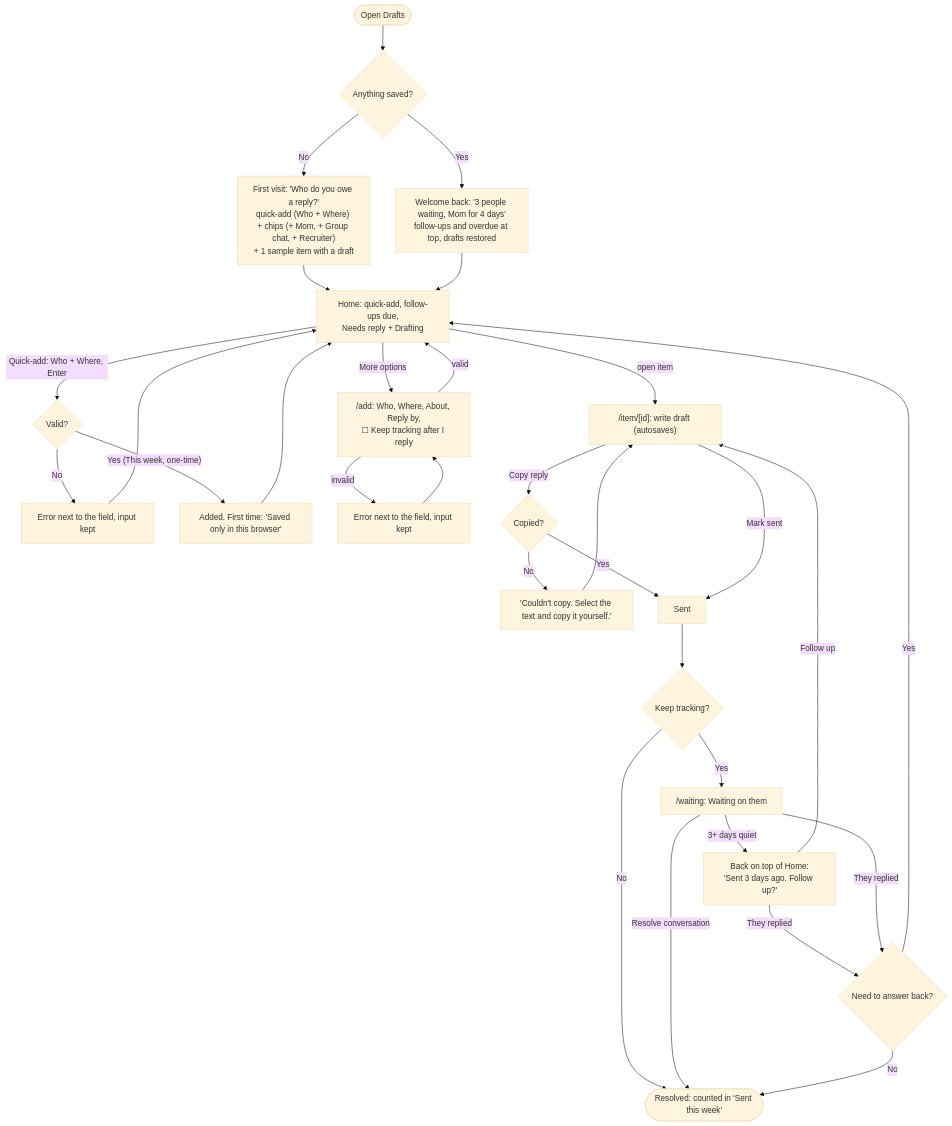
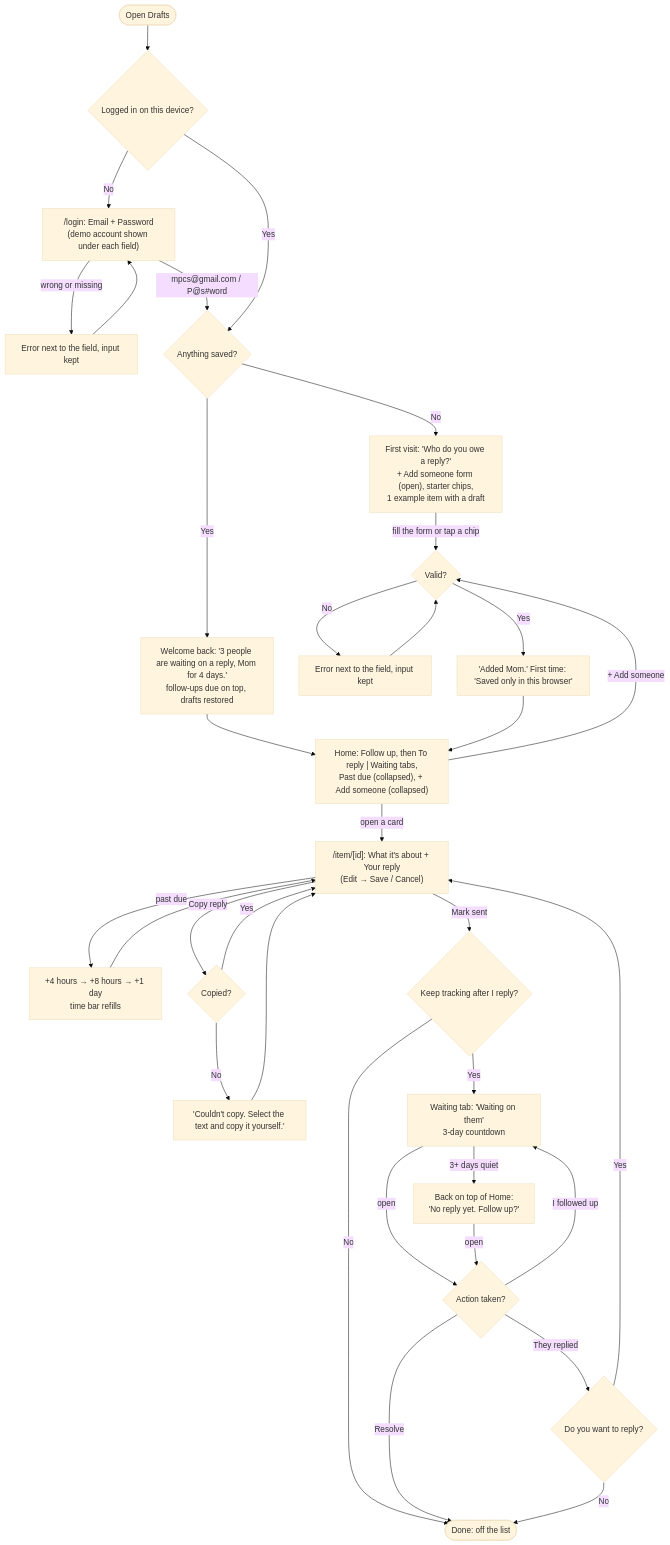
One commit to jdaguas/dbs-w3 changed the first of 2 diagrams in flows.md. Above: the diagram before and after it, drawn with Mermaid (base theme). The commit also changed other lines of this file and 1 other file, not shown here.

Commit message:
new flows

````diff
--- a/flows.md
+++ b/flows.md
@@ -9,31 +9,35 @@
 ```mermaid
 flowchart TD
-  Open([Open Drafts]) --> Saved{Anything saved?}
-  Saved -- No --> First["First visit: 'Who do you owe a reply?'<br/>quick-add (Who + Where) + chips (+ Mom, + Group chat, + Recruiter)<br/>+ 1 sample item with a draft"]
-  Saved -- Yes --> Back["Welcome back: '3 people waiting, Mom for 4 days'<br/>follow-ups and overdue at top, drafts restored"]
-  First --> List
-  Back --> List
+  Open([Open Drafts]) --> Login{Logged in on this device?}
+  Login -- No --> LoginPage["/login: Email + Password<br/>(demo account shown under each field)"]
+  LoginPage -- "wrong or missing" --> LoginErr["Error next to the field, input kept"] --> LoginPage
+  LoginPage -- "mpcs@gmail.com / P@s#word" --> Saved
+  Login -- Yes --> Saved{Anything saved?}
 
-  List["Home: quick-add, follow-ups due,<br/>Needs reply + Drafting"] -- "Quick-add: Who + Where, Enter" --> QCheck{Valid?}
-  QCheck -- No --> QErr["Error next to the field, input kept"] --> List
-  QCheck -- "Yes (This week, one-time)" --> Toast["Added. First time: 'Saved only in this browser'"] --> List
-  List -- "More options" --> Form["/add: Who, Where, About, Reply by,<br/>☐ Keep tracking after I reply"]
-  Form -- invalid --> Err["Error next to the field, input kept"] --> Form
-  Form -- valid --> List
+  Saved -- No --> First["First visit: 'Who do you owe a reply?'<br/>+ Add someone form (open), starter chips,<br/>1 example item with a draft"]
+  Saved -- Yes --> Back["Welcome back: '3 people are waiting on a reply, Mom for 4 days.'<br/>follow-ups due on top, drafts restored"]
+  First -- "fill the form or tap a chip" --> Check
+  Back --> Home
 
-  List -- open item --> Item["/item/[id]: write draft (autosaves)"]
+  Home["Home: Follow up, then To reply | Waiting tabs,<br/>Past due (collapsed), + Add someone (collapsed)"] -- "+ Add someone" --> Check{Valid?}
+  Check -- No --> Err["Error next to the field, input kept"] --> Check
+  Check -- Yes --> Added["'Added Mom.' First time: 'Saved only in this browser'"] --> Home
+
+  Home -- open a card --> Item["/item/[id]: What it's about + Your reply<br/>(Edit → Save / Cancel)"]
+  Item -- "past due" --> Boost["+4 hours → +8 hours → +1 day<br/>time bar refills"] --> Item
   Item -- Copy reply --> Copied{Copied?}
   Copied -- No --> CopyErr["'Couldn't copy. Select the text and copy it yourself.'"] --> Item
-  Copied -- Yes --> Sent
-  Item -- Mark sent --> Sent["Sent"]
-  Sent --> Kind{Keep tracking?}
-  Kind -- No --> Done([Resolved: counted in 'Sent this week'])
-  Kind -- Yes --> Waiting["/waiting: Waiting on them"]
-  Waiting -- Resolve conversation --> Done
-  Waiting -- "3+ days quiet" --> Nudge["Back on top of Home:<br/>'Sent 3 days ago. Follow up?'"]
-  Nudge -- Follow up --> Item
-  Nudge -- They replied --> Reply{Need to answer back?}
-  Waiting -- They replied --> Reply
-  Reply -- Yes --> List
+  Copied -- Yes --> Item
+  Item -- Mark sent --> Kind{Keep tracking after I reply?}
+  Kind -- No --> Done([Done: off the list])
+  Kind -- Yes --> Waiting["Waiting tab: 'Waiting on them'<br/>3-day countdown"]
+
+  Waiting -- "3+ days quiet" --> Nudge["Back on top of Home:<br/>'No reply yet. Follow up?'"]
+  Waiting -- open --> Action{Action taken?}
+  Nudge -- open --> Action
+  Action -- "I followed up" --> Waiting
+  Action -- "They replied" --> Reply{Do you want to reply?}
+  Action -- Resolve --> Done
+  Reply -- Yes --> Item
   Reply -- No --> Done
 ```
````
